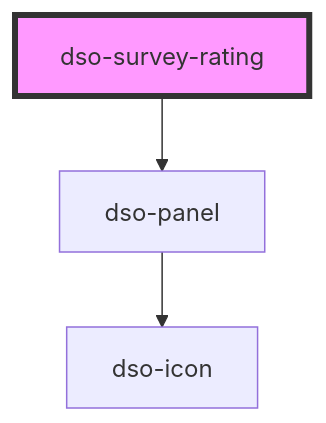
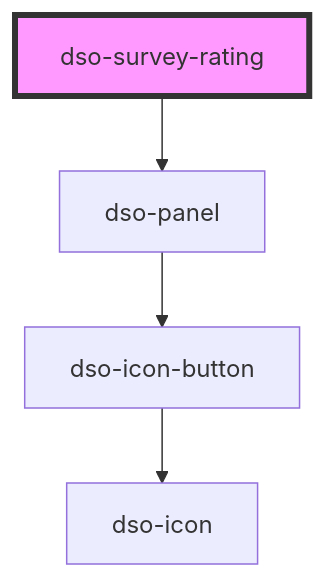
The diagram in packages/core/src/components/survey-rating/readme.md (dso-toolkit/dso-toolkit), drawn with Mermaid before and after one commit. The commit also changed 48 other files, not shown here.

Commit message:
#2315 [Added] Icon button: Replace all buttons with icon-only with the icon-button component

````diff
--- a/packages/core/src/components/survey-rating/readme.md
+++ b/packages/core/src/components/survey-rating/readme.md
@@ -23,6 +23,7 @@
 ```mermaid
 graph TD;
   dso-survey-rating --> dso-panel
-  dso-panel --> dso-icon
+  dso-panel --> dso-icon-button
+  dso-icon-button --> dso-icon
   style dso-survey-rating fill:#f9f,stroke:#333,stroke-width:4px
 ```
````
